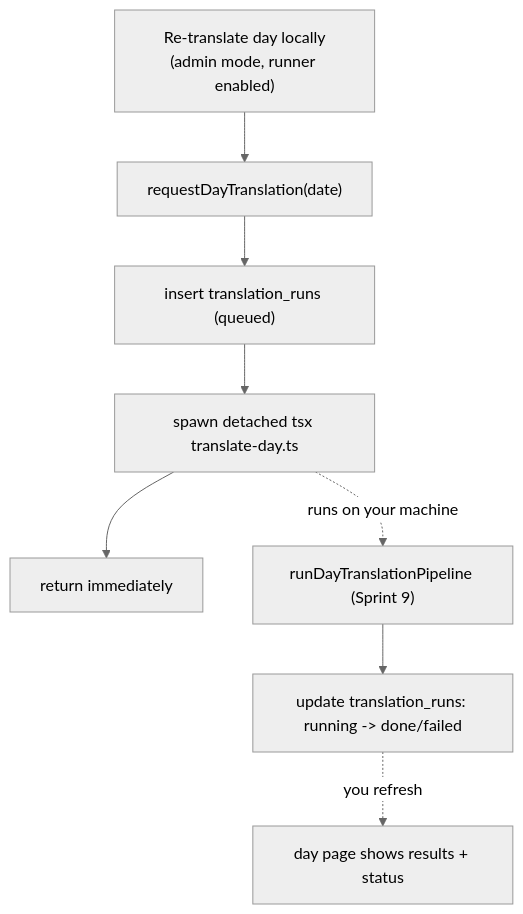
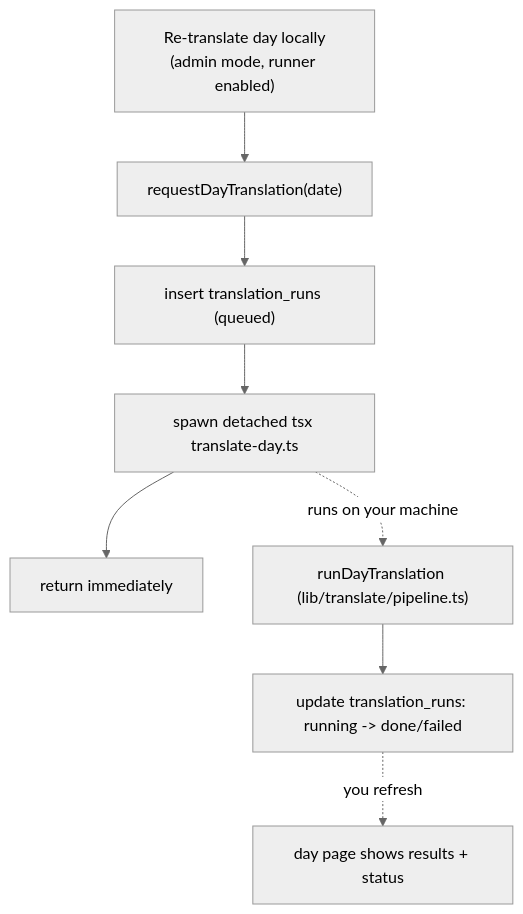
One commit to ashleyyoung/count-of-monte-cristo-experience changed the second of 2 diagrams in README_translation_architecture.md. Above: the diagram before and after it, drawn with Mermaid (neutral theme). The commit also changed other lines of this file and 29 other files, not shown here.

````diff
--- a/README_translation_architecture.md
+++ b/README_translation_architecture.md
@@ -216,10 +226,10 @@
 ```mermaid
 flowchart TD
     Btn["Re-translate day locally<br/>(admin mode, runner enabled)"] --> Action["requestDayTranslation(date)"]
     Action --> Row["insert translation_runs (queued)"]
     Row --> Spawn["spawn detached tsx translate-day.ts"]
     Spawn --> Return["return immediately"]
-    Spawn -.runs on your machine.-> Work["runDayTranslationPipeline (Sprint 9)"]
+    Spawn -.runs on your machine.-> Work["runDayTranslation (lib/translate/pipeline.ts)"]
     Work --> Status["update translation_runs: running -> done/failed"]
     Status -.you refresh.-> Page["day page shows results + status"]
 ```
````
